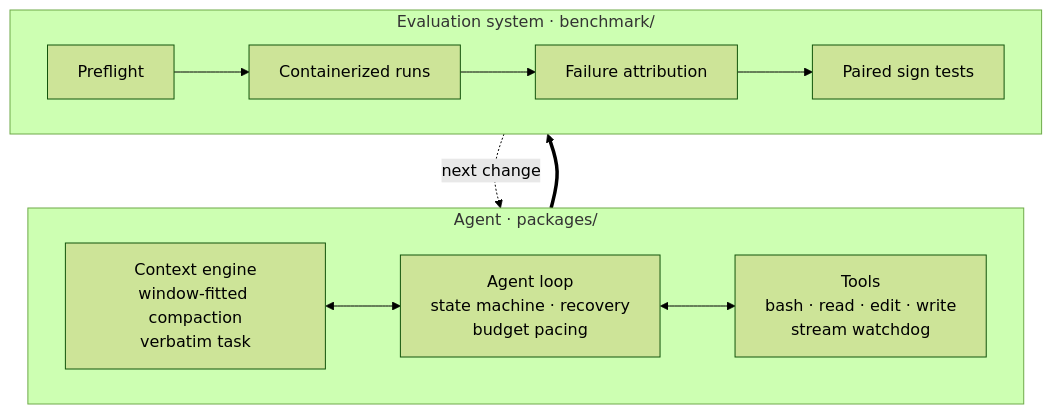
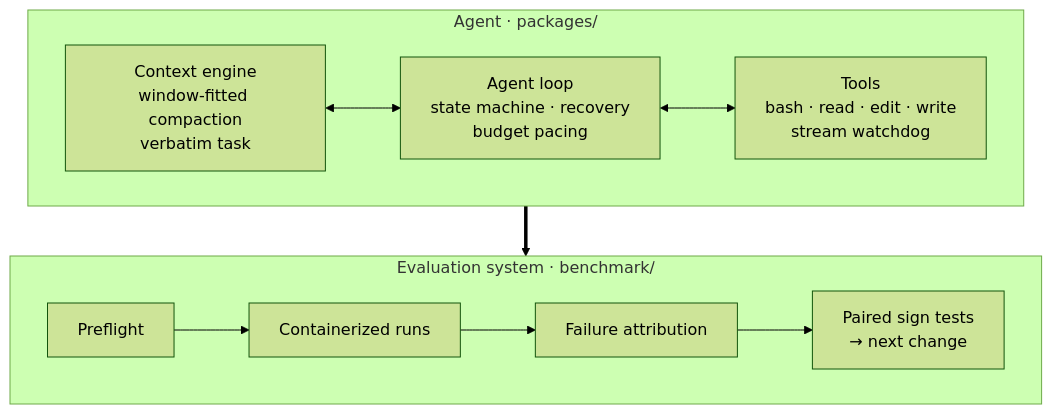
Before and after one commit to alanhuangyoo/crux: the diagram in README.md, drawn with Mermaid (forest theme). The commit also changed 1 other file, not shown here.

Commit message:
docs: keep the agent lane above the evaluation lane

````diff
--- a/README.md
+++ b/README.md
@@ -82,13 +82,12 @@
 ```mermaid
 flowchart TB
     subgraph agent["Agent · packages/"]
         direction LR
         ctx["Context engine<br/>window-fitted compaction<br/>verbatim task"] <--> loop["Agent loop<br/>state machine · recovery<br/>budget pacing"] <--> tools["Tools<br/>bash · read · edit · write<br/>stream watchdog"]
     end
     subgraph evals["Evaluation system · benchmark/"]
         direction LR
-        pre["Preflight"] --> run["Containerized runs"] --> attr["Failure attribution"] --> stats["Paired sign tests"]
+        pre["Preflight"] --> run["Containerized runs"] --> attr["Failure attribution"] --> stats["Paired sign tests<br/>→ next change"]
     end
     agent ==> evals
-    evals -. "next change" .-> agent
 ```
````
